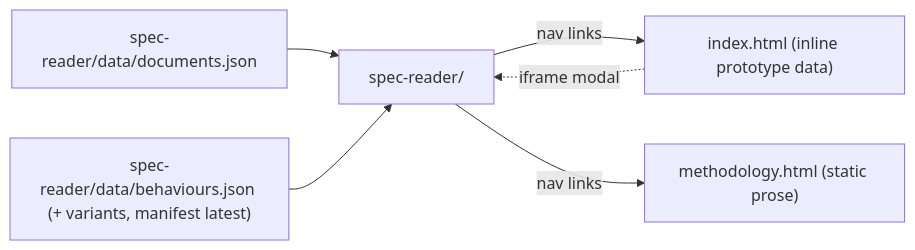
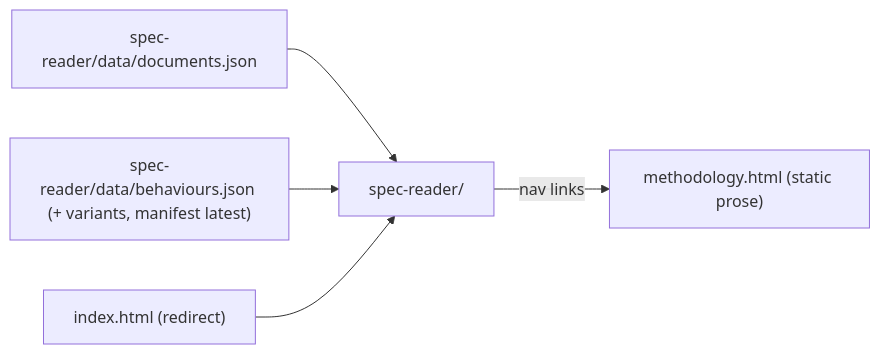
Before and after one commit to AndresCotton/ai-character-index: the diagram in site/OVERVIEW.md, drawn with Mermaid. The commit also changed other lines of this file and 11 other files, not shown here.

First line of the commit message:
refactor(site): retire the index prototype -- the reader is the landing page

````diff
--- a/site/OVERVIEW.md
+++ b/site/OVERVIEW.md
@@ -27,9 +27,8 @@
 ```mermaid
 graph LR
   docpayload["spec-reader/data/documents.json"] --> reader["spec-reader/"]
   payload["spec-reader/data/behaviours.json (+ variants, manifest latest)"] --> reader
-  index["index.html (inline prototype data)"] -.->|iframe modal| reader
+  index["index.html (redirect)"] --> reader
   methodology["methodology.html (static prose)"]
-  reader -->|nav links| index
   reader -->|nav links| methodology
 ```
````
